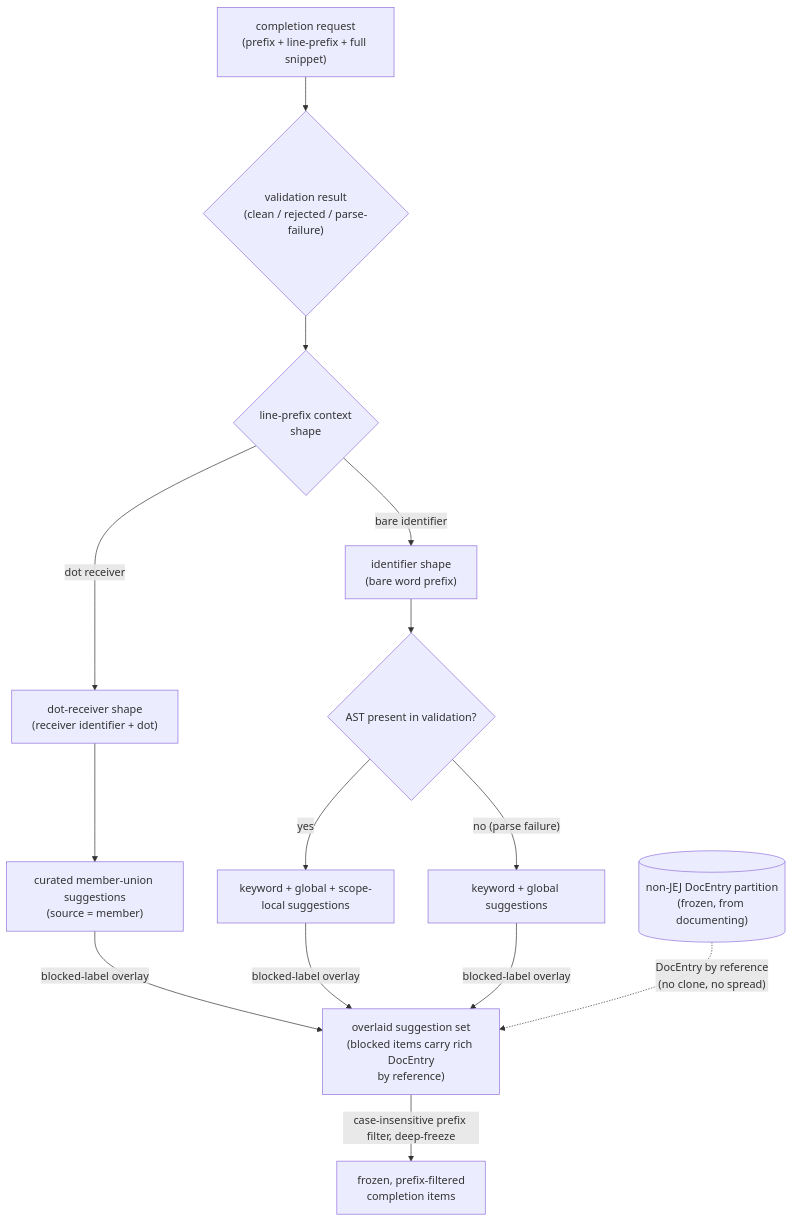
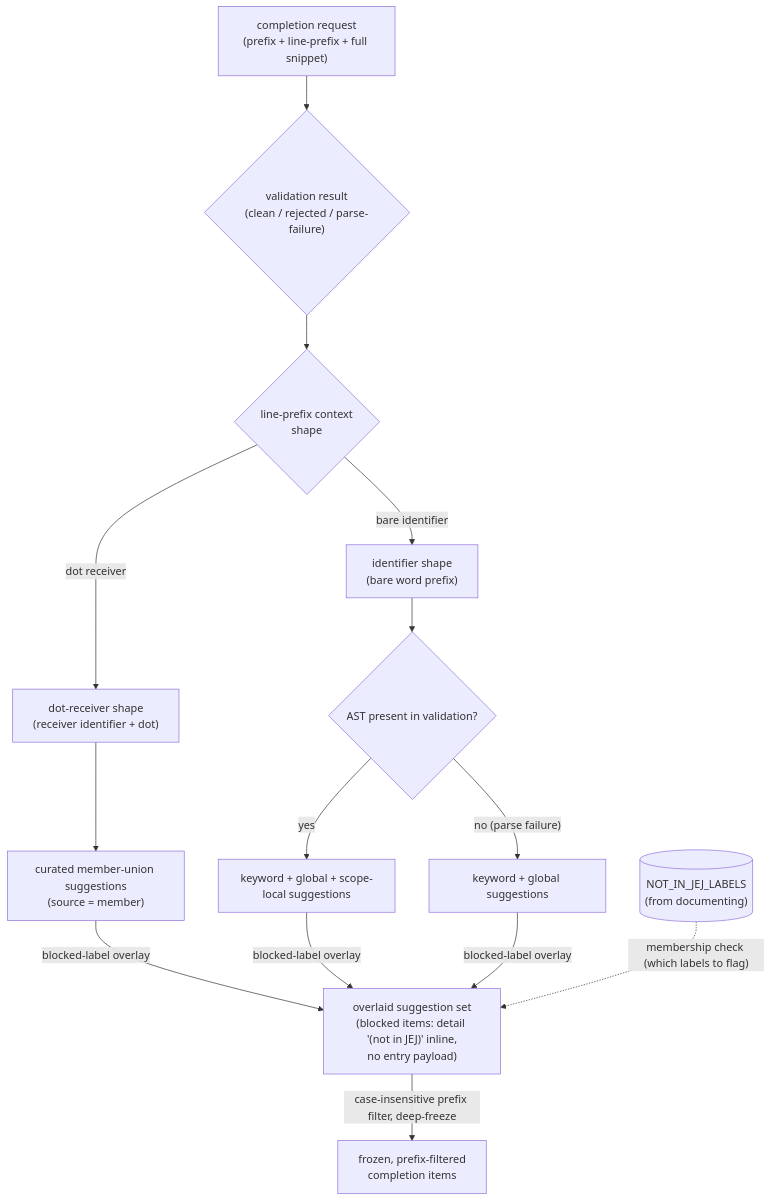
Before and after one commit to codeschoolinabox/curricula: the diagram in src/lib/just-enough/javascript/lib/completing/DOCS.md, drawn with Mermaid. The commit also changed other lines of this file and 6 other files, not shown here.

````diff
--- a/src/lib/just-enough/javascript/lib/completing/DOCS.md
+++ b/src/lib/just-enough/javascript/lib/completing/DOCS.md
@@ -106,28 +106,28 @@
 ```mermaid
 flowchart TD
     Req["completion request<br/>(prefix + line-prefix + full snippet)"]
     Val{"validation result<br/>(clean / rejected / parse-failure)"}
     Ctx{"line-prefix context<br/>shape"}
     DotCtx["dot-receiver shape<br/>(receiver identifier + dot)"]
     IdentCtx["identifier shape<br/>(bare word prefix)"]
     AstQ{"AST present in validation?"}
     SurfaceDot["curated member-union suggestions<br/>(source = member)"]
     SurfaceAst["keyword + global + scope-local suggestions"]
     SurfaceNoAst["keyword + global suggestions"]
-    BlockedDocs[("non-JEJ DocEntry partition<br/>(frozen, from documenting)")]
-    Marked2["overlaid suggestion set<br/>(blocked items carry rich DocEntry<br/>by reference)"]
+    BlockedLabels[("NOT_IN_JEJ_LABELS<br/>(from documenting)")]
+    Marked2["overlaid suggestion set<br/>(blocked items: detail '(not in JEJ)' inline,<br/>no entry payload)"]
     Items["frozen, prefix-filtered<br/>completion items"]
 
     Req --> Val --> Ctx
     Ctx -->|"dot receiver"| DotCtx
     Ctx -->|"bare identifier"| IdentCtx
     DotCtx --> SurfaceDot
     IdentCtx --> AstQ
     AstQ -->|"yes"| SurfaceAst
     AstQ -->|"no (parse failure)"| SurfaceNoAst
     SurfaceDot -->|"blocked-label overlay"| Marked2
     SurfaceAst -->|"blocked-label overlay"| Marked2
     SurfaceNoAst -->|"blocked-label overlay"| Marked2
-    BlockedDocs -.->|"DocEntry by reference<br/>(no clone, no spread)"| Marked2
+    BlockedLabels -.->|"membership check (which labels to flag)"| Marked2
     Marked2 -->|"case-insensitive prefix filter, deep-freeze"| Items
 ```
````
